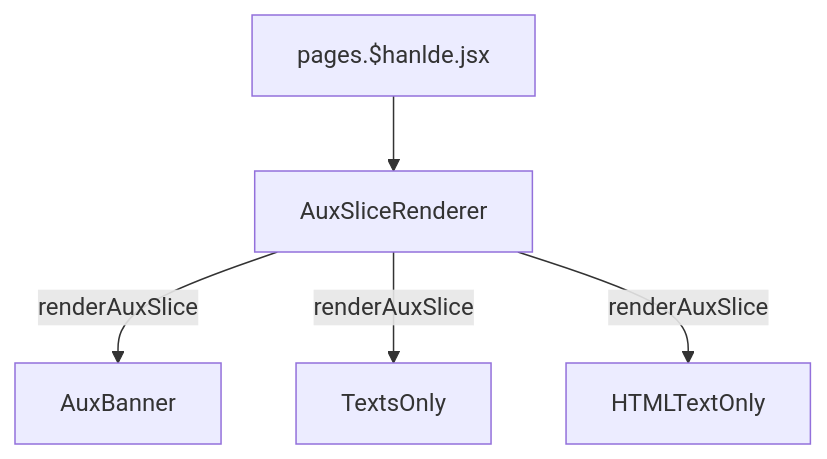
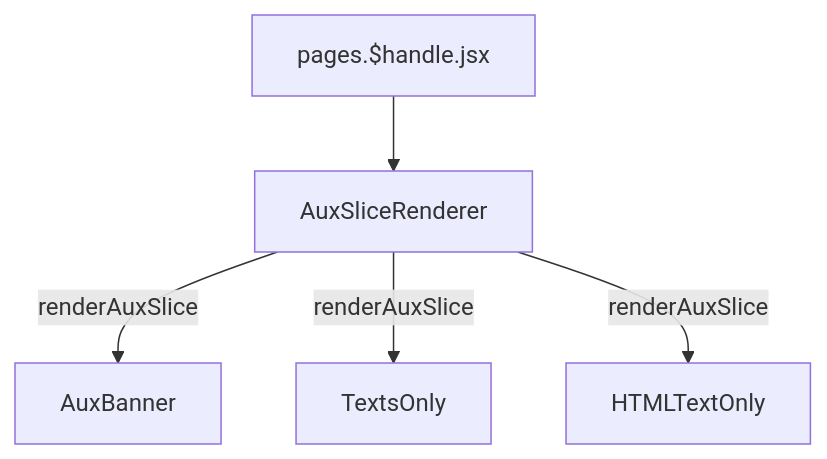
Before and after one commit to DaChuanHaiyanZhang/aftershock-docs: the diagram in src/en/aftershockau/data-warranty.md, drawn with Mermaid. The commit also changed other lines of this file and 18 other files, not shown here.

````diff
--- a/src/en/aftershockau/data-warranty.md
+++ b/src/en/aftershockau/data-warranty.md
@@ -9,9 +9,9 @@
 ```mermaid
 flowchart TB
 
-pages.$hanlde.jsx --> AuxSliceRenderer 
+pages.$handle.jsx --> AuxSliceRenderer
 
 AuxSliceRenderer--renderAuxSlice--> AuxBanner
 AuxSliceRenderer--renderAuxSlice--> TextsOnly
 AuxSliceRenderer--renderAuxSlice--> HTMLTextOnly
 ```
````
